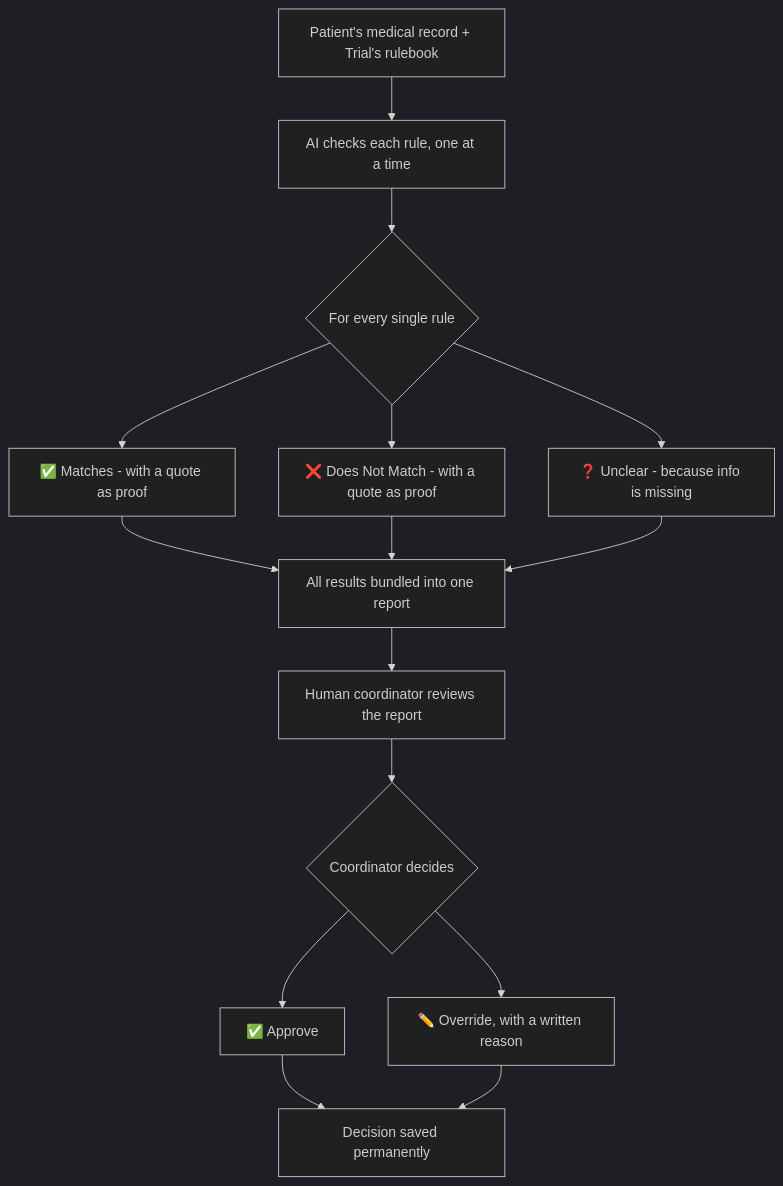
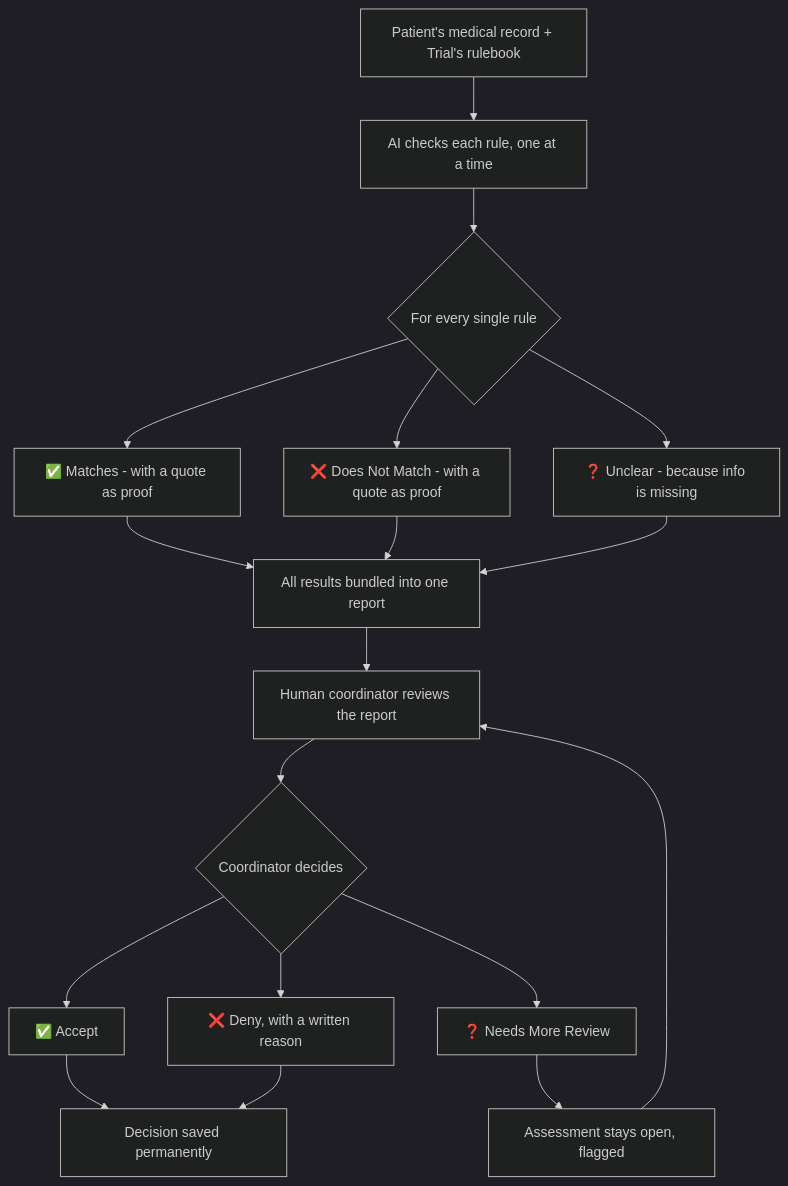
Before and after one commit to CogKnowEdge-Solutions/Context-Memory-Layer: the first of 2 diagrams in README.md, drawn with Mermaid (dark theme). The commit also changed other lines of this file and 5 other files, not shown here.

````diff
--- a/README.md
+++ b/README.md
@@ -48,17 +48,20 @@
 ```mermaid
 flowchart TD
     A[Patient's medical record + Trial's rulebook] --> B[AI checks each rule, one at a time]
     B --> C{For every single rule}
     C --> D[✅ Matches - with a quote as proof]
     C --> E[❌ Does Not Match - with a quote as proof]
     C --> F[❓ Unclear - because info is missing]
     D --> G[All results bundled into one report]
     E --> G
     F --> G
     G --> H[Human coordinator reviews the report]
     H --> I{Coordinator decides}
-    I --> J[✅ Approve]
-    I --> K[✏️ Override, with a written reason]
+    I --> J[✅ Accept]
+    I --> K[❌ Deny, with a written reason]
+    I --> N[❓ Needs More Review]
     J --> L[Decision saved permanently]
     K --> L
+    N --> M[Assessment stays open, flagged]
+    M --> H
 ```
````
